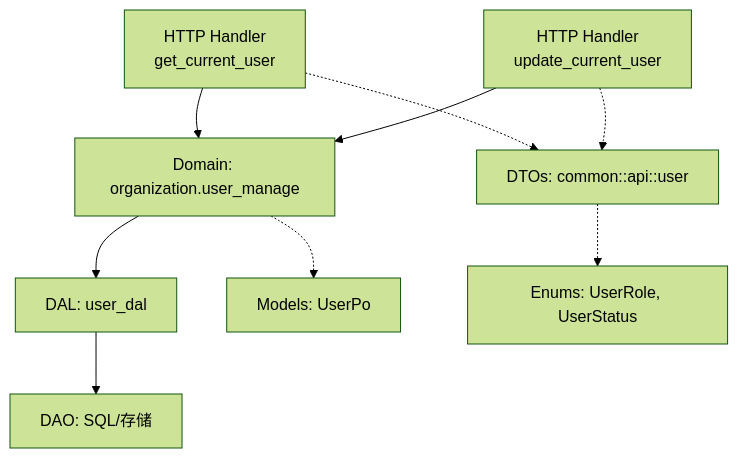
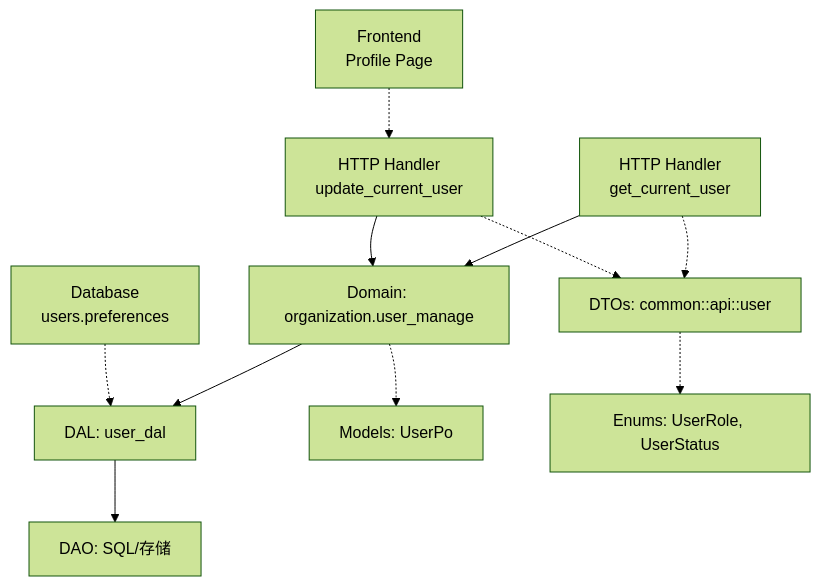
Before and after one commit to runningcoders/ai_orz: the first of 7 diagrams in .qoder/repowiki/zh/content/API 参考/RESTful API/用户管理模块 API.md, drawn with Mermaid (forest theme). The commit also changed other lines of this file and 5 other files, not shown here.

````diff
--- a/.qoder/repowiki/zh/content/API 参考/RESTful API/用户管理模块 API.md
+++ b/.qoder/repowiki/zh/content/API 参考/RESTful API/用户管理模块 API.md
@@ -44,11 +56,13 @@
 ```mermaid
 graph TB
 A["HTTP Handler<br/>get_current_user"] --> B["Domain: organization.user_manage"]
 C["HTTP Handler<br/>update_current_user"] --> B
 B --> D["DAL: user_dal"]
 D --> E["DAO: SQL/存储"]
 A -.-> F["DTOs: common::api::user"]
 C -.-> F
 B -.-> G["Models: UserPo"]
 F -.-> H["Enums: UserRole, UserStatus"]
+I["Database<br/>users.preferences"] -.-> D
+J["Frontend<br/>Profile Page"] -.-> C
 ```
````
